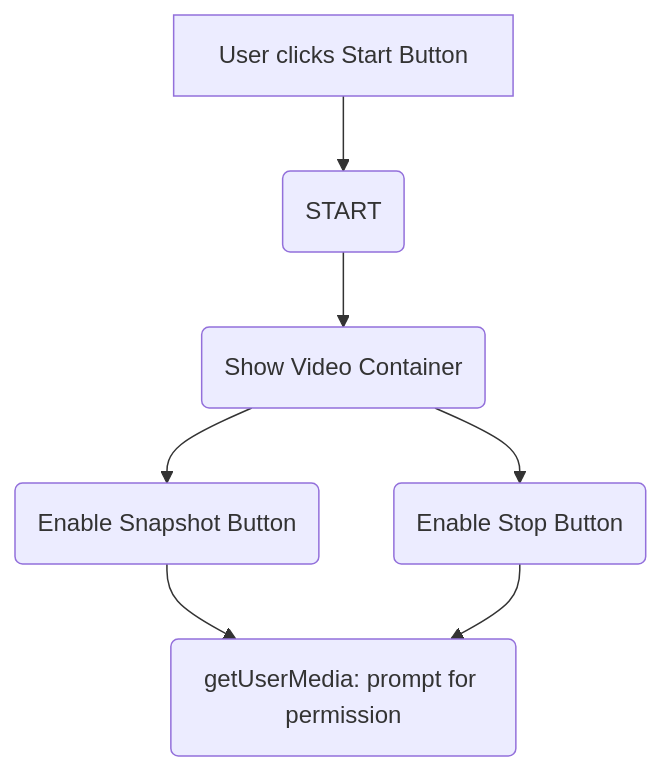
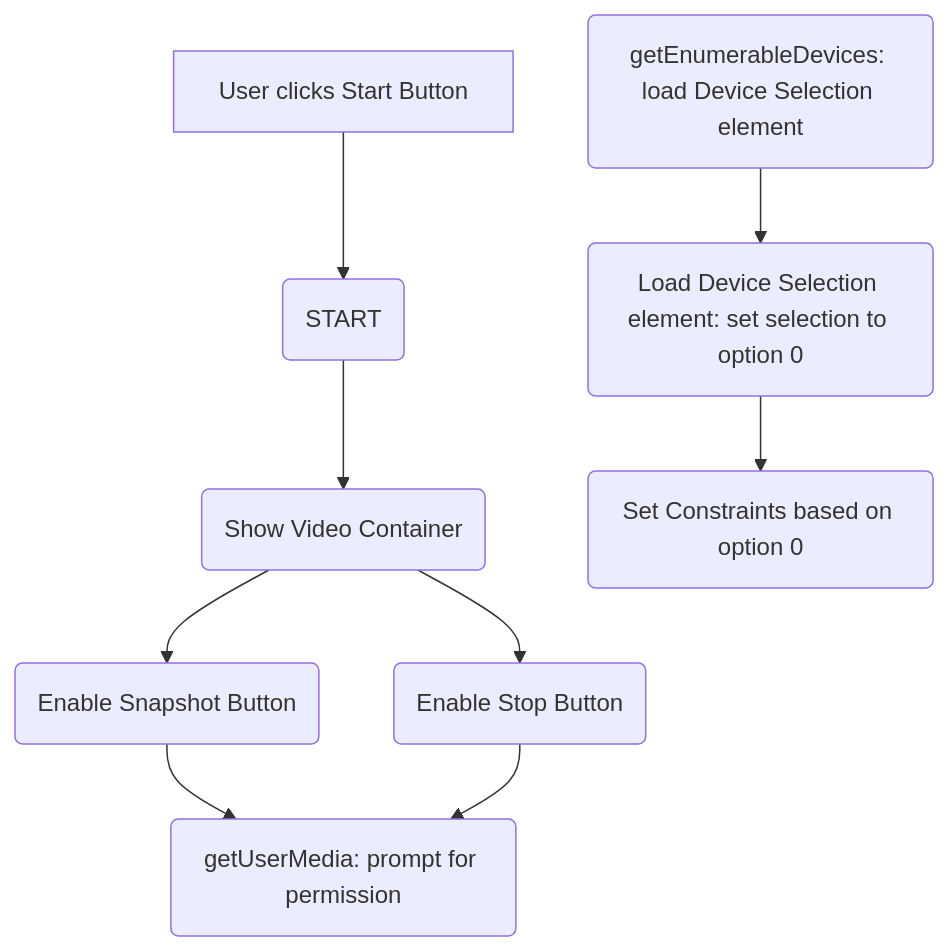
One commit to rebeccapeltz/webapi-camera changed the first of 3 diagrams in README.md. Above: the diagram before and after it, drawn with Mermaid.

Commit message:
more mermaid

````diff
--- a/README.md
+++ b/README.md
@@ -5,10 +5,12 @@
 ```mermaid
 flowchart TD
 
 id0[User clicks Start Button] --> id1(START)
 id1(START) --> id2(Show Video Container)
 id2(Show Video Container) --> id3(Enable Snapshot Button)
 id2(Show Video Container) --> id4(Enable Stop Button)
 id3(Enable Snapshot Button) --> id5(getUserMedia: prompt for permission)
 id4(Enable Stop Button) --> id5(getUserMedia: prompt for permission)
+id6(getEnumerableDevices: load Device Selection element) --> id7(Load Device Selection element: set selection to option 0)
+id7(Load Device Selection element: set selection to option 0) --> id8(Set Constraints based on option 0)
 ```
````
